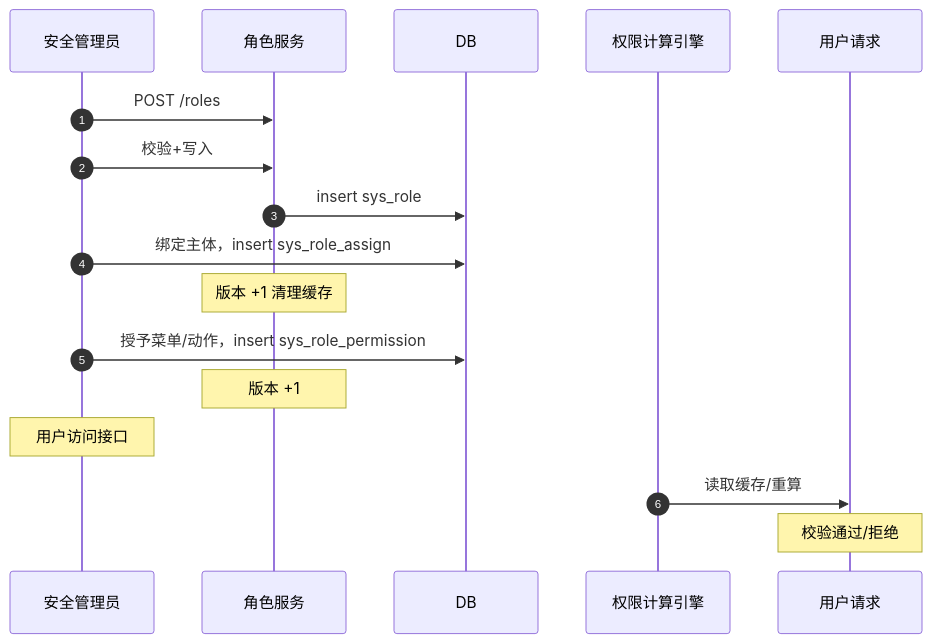
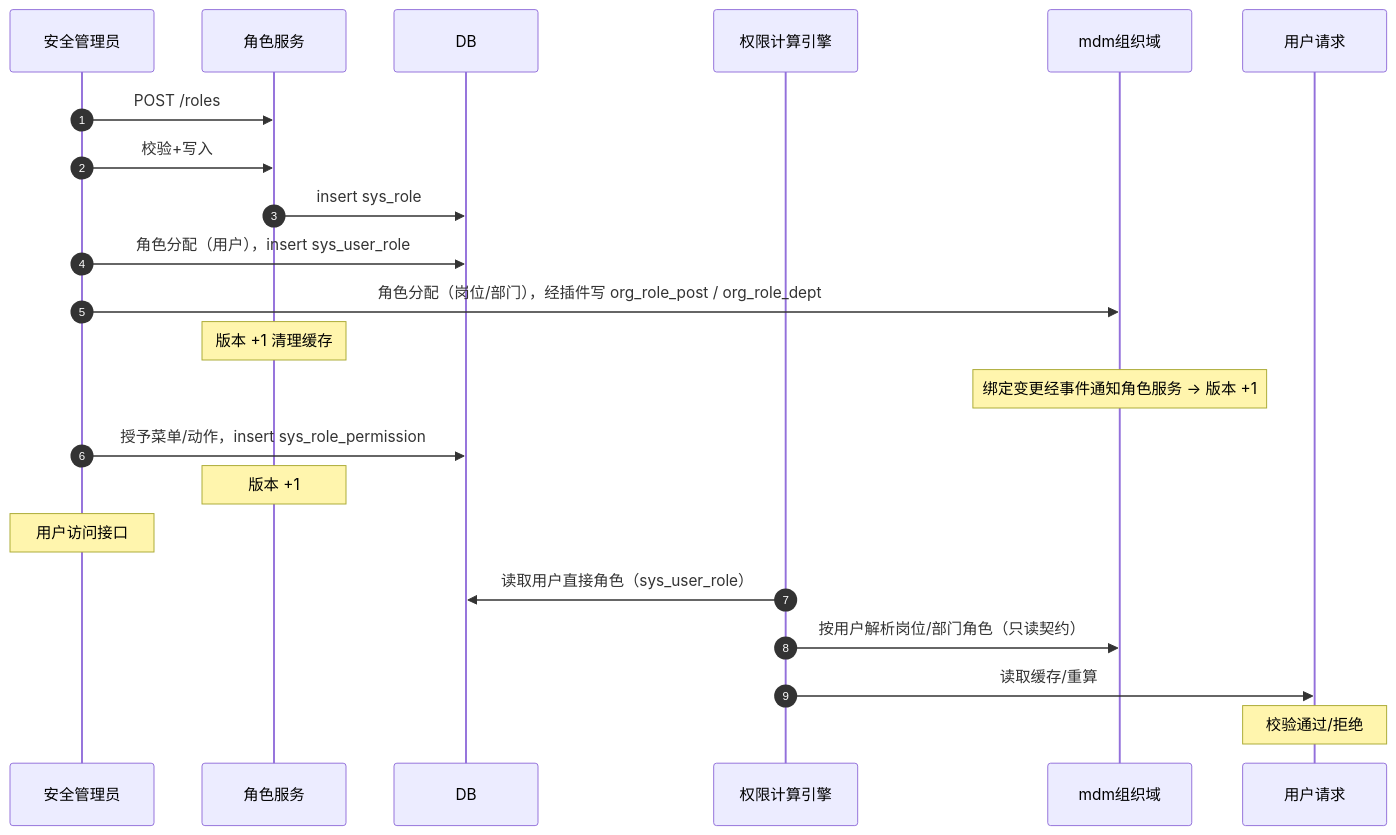
Before and after one commit to minjian123/basic-management-system: the diagram in bms文档/设计/概要设计/06_概要设计_角色管理.md, drawn with Mermaid. The commit also changed other lines of this file and 53 other files, not shown here.

````diff
--- a/bms文档/设计/概要设计/06_概要设计_角色管理.md
+++ b/bms文档/设计/概要设计/06_概要设计_角色管理.md
@@ -55,20 +58,25 @@
 ```mermaid
 sequenceDiagram
     autonumber
     participant 安全管理员
     participant 角色服务
     participant DB
     participant 权限计算引擎
+    participant mdm组织域
     participant 用户请求
 
     安全管理员->>角色服务: POST /roles
     安全管理员->>角色服务: 校验+写入
     角色服务->>DB: insert sys_role
-    安全管理员->>DB: 绑定主体，insert sys_role_assign
+    安全管理员->>DB: 角色分配（用户），insert sys_user_role
+    安全管理员->>mdm组织域: 角色分配（岗位/部门），经插件写 org_role_post / org_role_dept
     Note over 角色服务: 版本 +1 清理缓存
+    Note over mdm组织域: 绑定变更经事件通知角色服务 → 版本 +1
     安全管理员->>DB: 授予菜单/动作，insert sys_role_permission
     Note over 角色服务: 版本 +1
     Note over 安全管理员: 用户访问接口
+    权限计算引擎->>DB: 读取用户直接角色（sys_user_role）
+    权限计算引擎->>mdm组织域: 按用户解析岗位/部门角色（只读契约）
     权限计算引擎->>用户请求: 读取缓存/重算
     Note over 用户请求: 校验通过/拒绝
 ```
````
